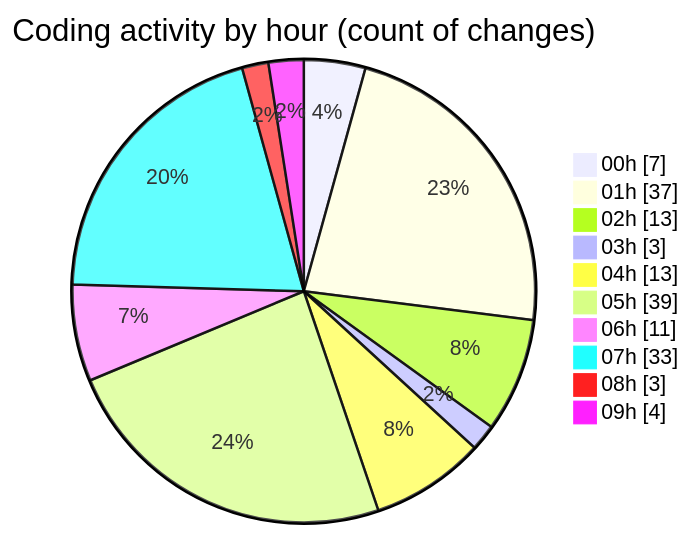
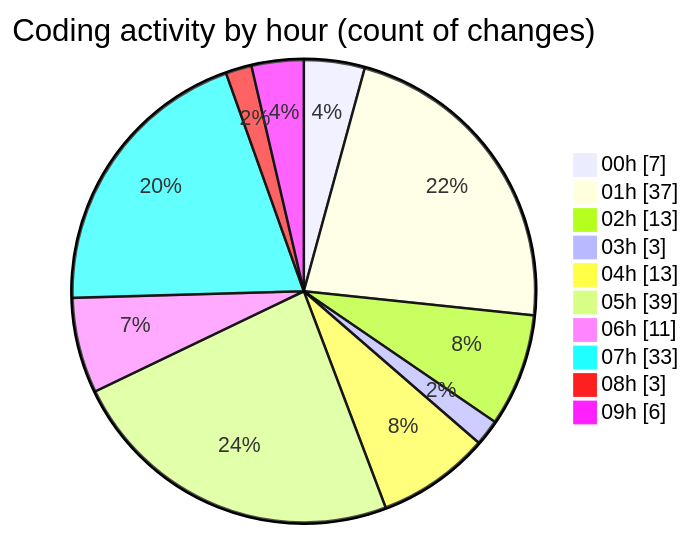
Before and after one commit to charlie-sans/code-tracking: the second of 2 diagrams in 2025-02-23/micros/README.md, drawn with Mermaid. The commit also changed other lines of this file and 1 other file, not shown here.

````diff
--- a/2025-02-23/micros/README.md
+++ b/2025-02-23/micros/README.md
@@ -67,14 +67,14 @@
 ```mermaid
 pie showData
 title Coding activity by hour (count of changes)
 "00h" : 7
 "01h" : 37
 "02h" : 13
 "03h" : 3
 "04h" : 13
 "05h" : 39
 "06h" : 11
 "07h" : 33
 "08h" : 3
-"09h" : 4
+"09h" : 6
 ```
````
